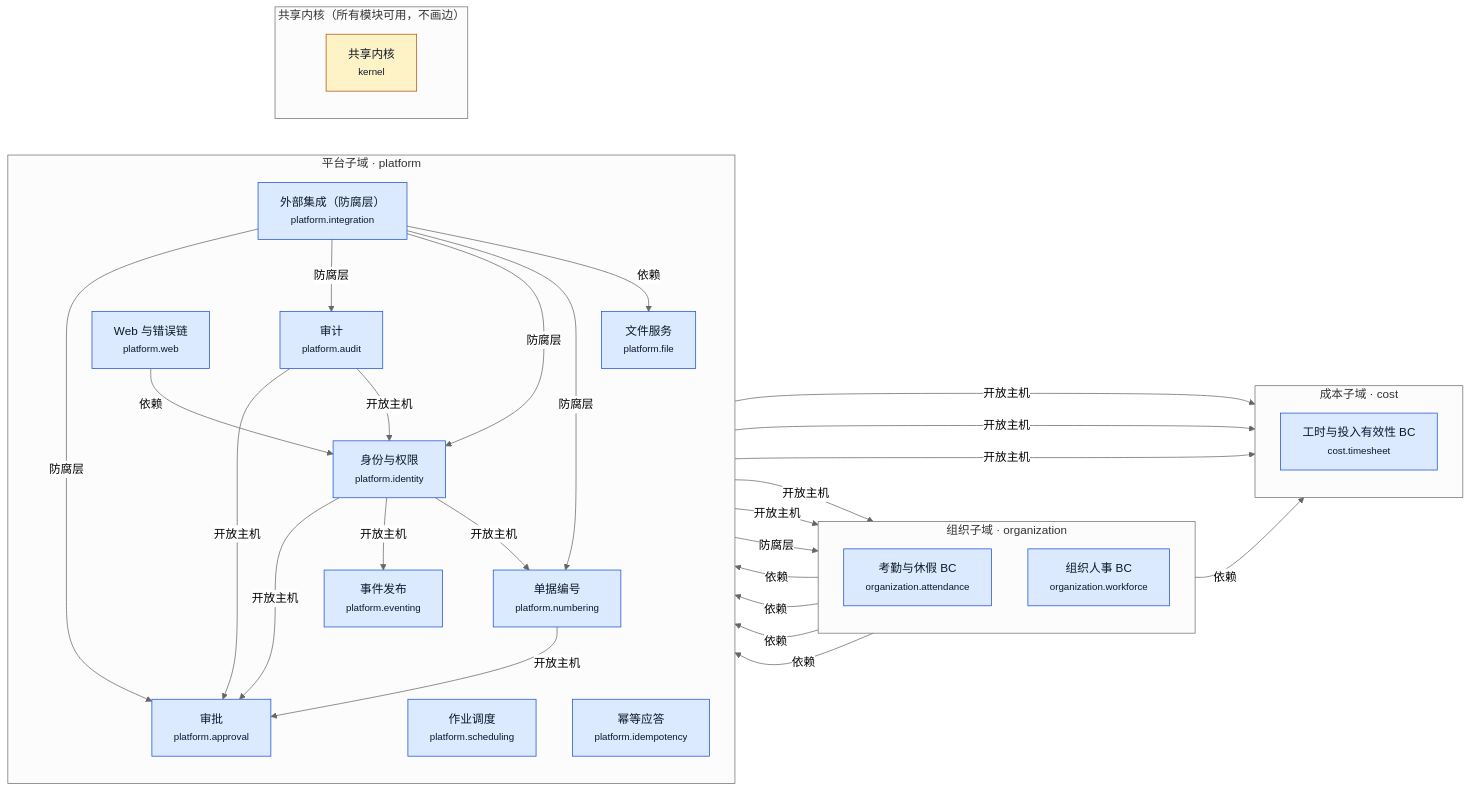
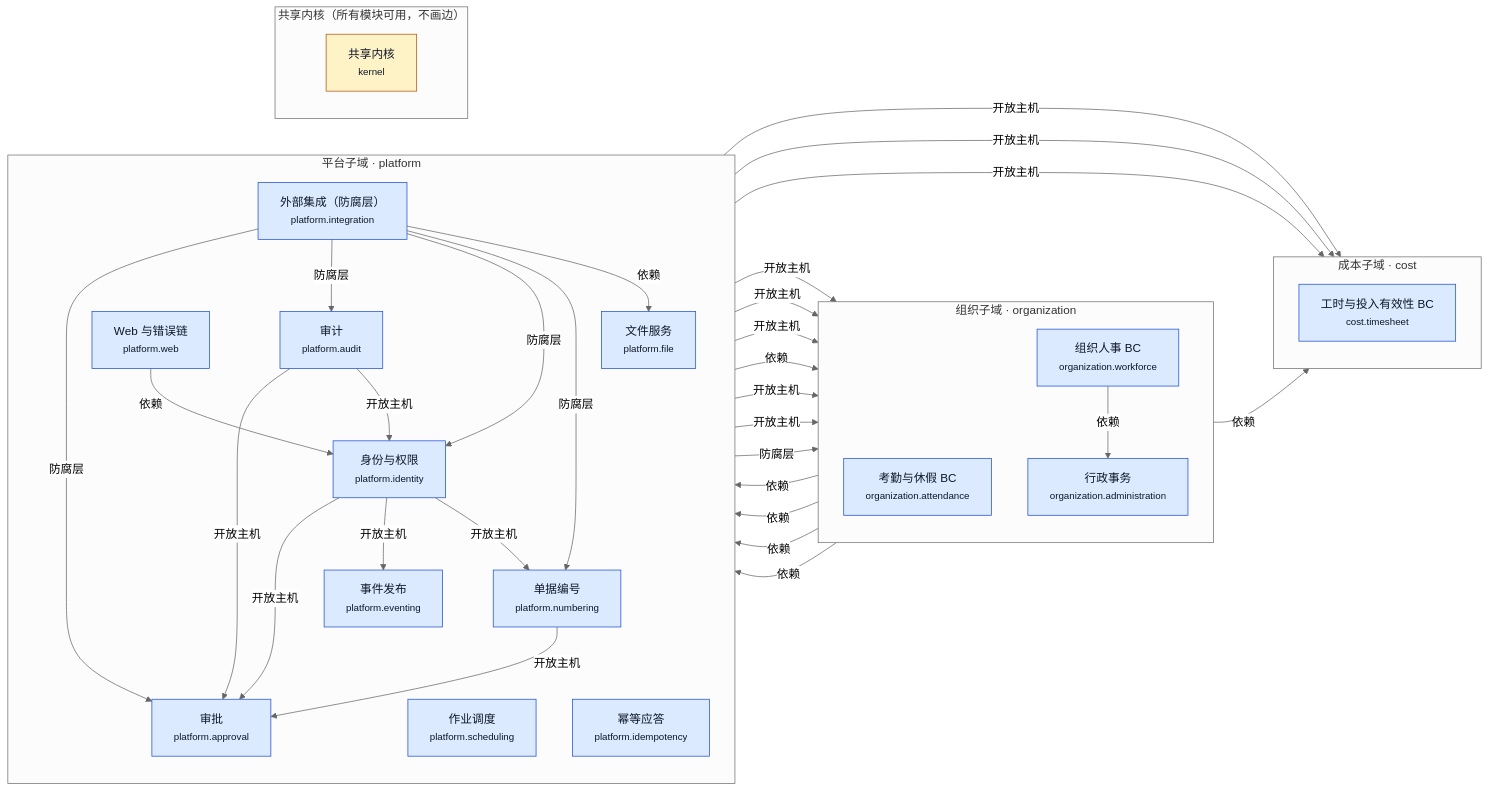
One commit to YeliangDu/forcitis-one-psa-codex-lab changed the diagram in docs/modernization/architecture/generated/1b-context-map.mmd. Above: the diagram before and after it, drawn with Mermaid (neutral theme). The commit also changed 15 other files, not shown here.

```diff
--- a/docs/modernization/architecture/generated/1b-context-map.mmd
+++ b/docs/modernization/architecture/generated/1b-context-map.mmd
@@ -1,56 +1,62 @@
 %% 生成文件，勿手改：python3 architecture/build_architecture.py（源：ddd/*.yaml）
 flowchart LR
   classDef built fill:#dbeafe,stroke:#1d4ed8,color:#0f172a
   classDef planned fill:#f8fafc,stroke:#94a3b8,stroke-dasharray:4 3,color:#475569
   classDef kernel fill:#fef3c7,stroke:#b45309,color:#0f172a
   subgraph SD_cost["成本子域 · cost"]
     direction TB
     cost_timesheet["工时与投入有效性 BC<br/><small>cost.timesheet</small>"]
   end
   subgraph SD_organization["组织子域 · organization"]
     direction TB
     organization_attendance["考勤与休假 BC<br/><small>organization.attendance</small>"]
+    organization_administration["行政事务<br/><small>organization.administration</small>"]
     organization_workforce["组织人事 BC<br/><small>organization.workforce</small>"]
   end
   subgraph SD_platform["平台子域 · platform"]
     direction TB
     platform_approval["审批<br/><small>platform.approval</small>"]
     platform_audit["审计<br/><small>platform.audit</small>"]
     platform_identity["身份与权限<br/><small>platform.identity</small>"]
     platform_integration["外部集成（防腐层）<br/><small>platform.integration</small>"]
     platform_numbering["单据编号<br/><small>platform.numbering</small>"]
     platform_scheduling["作业调度<br/><small>platform.scheduling</small>"]
     platform_idempotency["幂等应答<br/><small>platform.idempotency</small>"]
     platform_eventing["事件发布<br/><small>platform.eventing</small>"]
     platform_web["Web 与错误链<br/><small>platform.web</small>"]
     platform_file["文件服务<br/><small>platform.file</small>"]
   end
   subgraph SD_kernel["共享内核（所有模块可用，不画边）"]
     direction TB
     kernel["共享内核<br/><small>kernel</small>"]
   end
   organization_workforce -->|依赖| cost_timesheet
   platform_approval -->|开放主机| cost_timesheet
   platform_identity -->|开放主机| cost_timesheet
   platform_numbering -->|开放主机| cost_timesheet
   platform_numbering -->|开放主机| platform_approval
+  organization_workforce -->|依赖| organization_administration
+  platform_approval -->|开放主机| organization_administration
+  platform_numbering -->|开放主机| organization_administration
+  platform_audit -->|开放主机| organization_administration
+  platform_file -->|依赖| organization_administration
   platform_audit -->|开放主机| organization_attendance
   platform_audit -->|开放主机| organization_workforce
   platform_integration -->|防腐层| organization_workforce
   platform_identity -->|开放主机| platform_approval
   organization_workforce -->|依赖| platform_approval
   platform_integration -->|防腐层| platform_approval
   platform_audit -->|开放主机| platform_approval
   organization_attendance -->|依赖| platform_approval
   platform_integration -->|防腐层| platform_audit
   platform_identity -->|开放主机| platform_eventing
   organization_workforce -->|依赖| platform_identity
   platform_integration -->|防腐层| platform_identity
   platform_audit -->|开放主机| platform_identity
   platform_identity -->|开放主机| platform_numbering
   organization_workforce -->|依赖| platform_numbering
   platform_integration -->|防腐层| platform_numbering
   platform_web -->|依赖| platform_identity
   platform_integration -->|依赖| platform_file
-  class cost_timesheet,organization_attendance,organization_workforce,platform_approval,platform_audit,platform_identity,platform_integration,platform_numbering,platform_scheduling,platform_idempotency,platform_eventing,platform_web,platform_file built
+  class cost_timesheet,organization_attendance,organization_administration,organization_workforce,platform_approval,platform_audit,platform_identity,platform_integration,platform_numbering,platform_scheduling,platform_idempotency,platform_eventing,platform_web,platform_file built
   class kernel kernel
```
